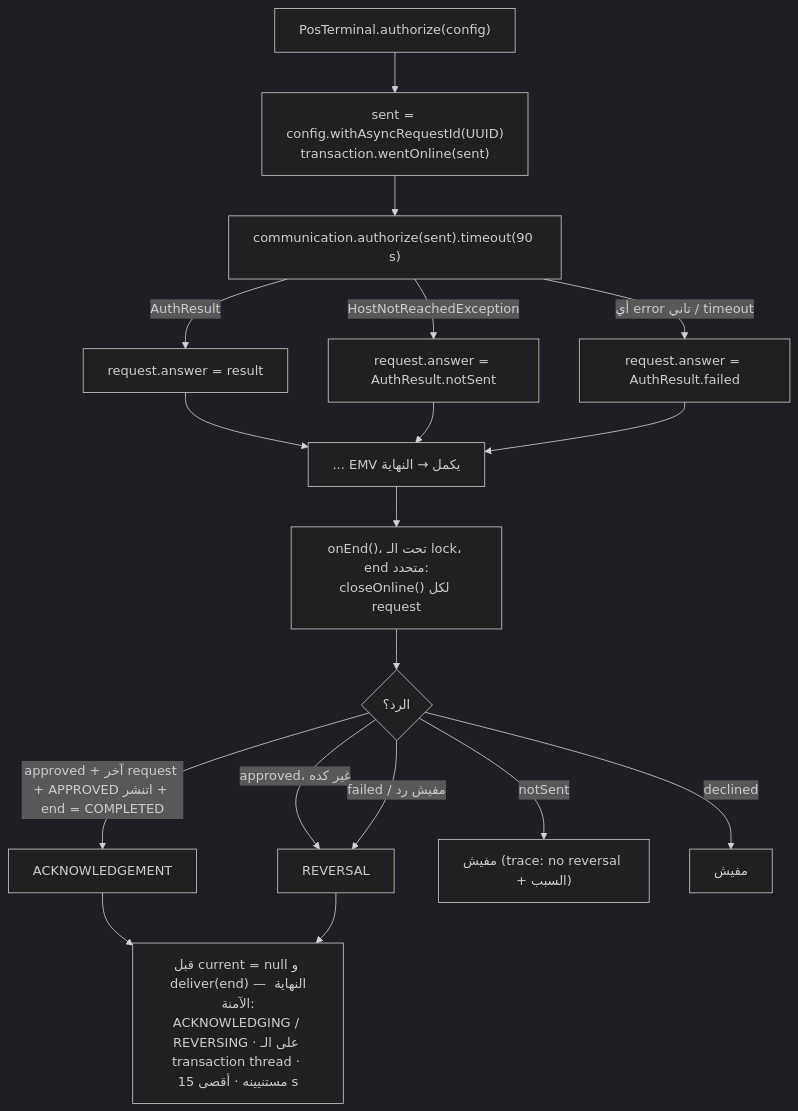
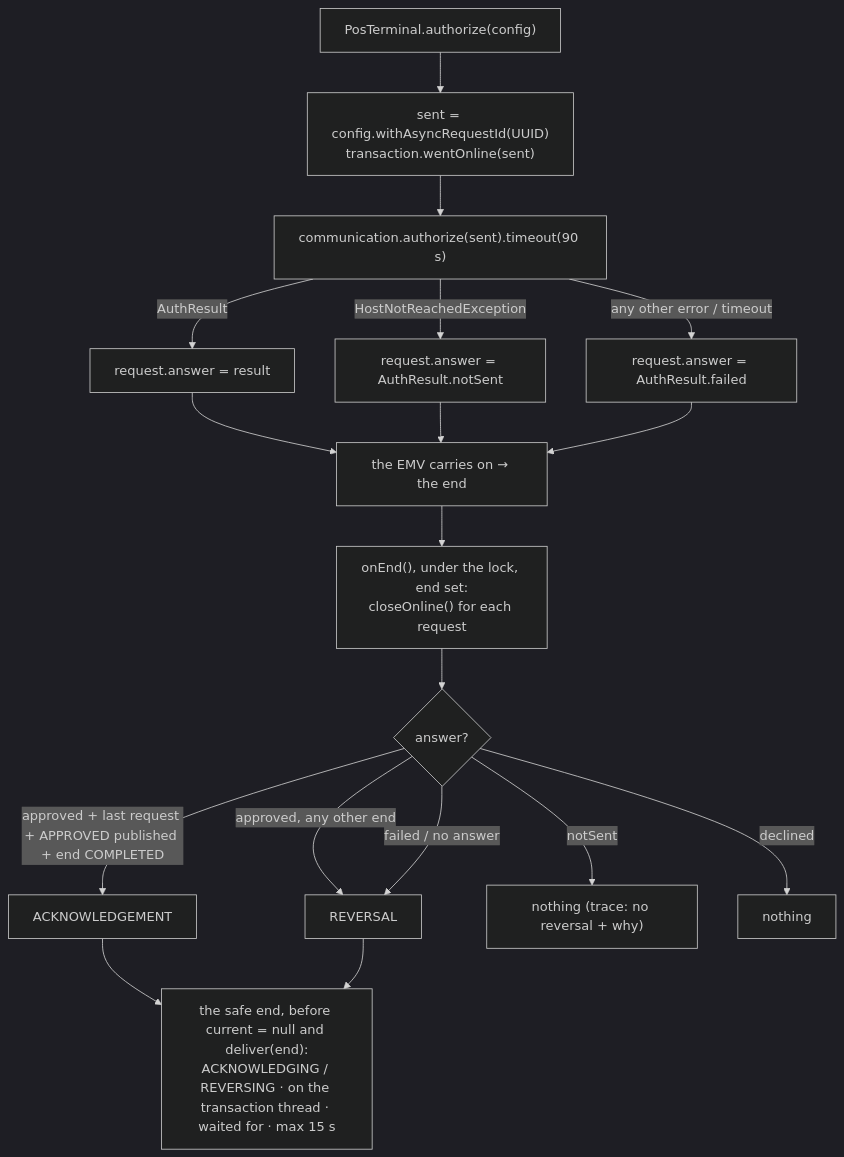
One commit to berothomas33/esaylinkrefactor changed the third of 11 diagrams in doc/REFERENCE.md. Above: the diagram before and after it, drawn with Mermaid (dark theme). The commit also changed other lines of this file, not shown here.

````diff
--- a/doc/REFERENCE.md
+++ b/doc/REFERENCE.md
@@ -417,17 +424,17 @@
 ```mermaid
 flowchart TD
   A["PosTerminal.authorize(config)"] --> N["sent = config.withAsyncRequestId(UUID)<br/>transaction.wentOnline(sent)"]
   N --> C["communication.authorize(sent).timeout(90 s)"]
   C -- "AuthResult" --> R["request.answer = result"]
   C -- "HostNotReachedException" --> NS["request.answer = AuthResult.notSent"]
-  C -- "أي error تاني / timeout" --> F["request.answer = AuthResult.failed"]
-  R & NS & F --> E["... EMV يكمل → النهاية"]
-  E --> CO["onEnd()، تحت الـ lock، end متحدد:<br/>closeOnline() لكل request"]
-  CO --> D{"الرد؟"}
-  D -- "approved + آخر request + APPROVED اتنشر + end = COMPLETED" --> ACK["ACKNOWLEDGEMENT"]
-  D -- "approved، غير كده" --> REV["REVERSAL"]
-  D -- "failed / مفيش رد" --> REV
-  D -- "notSent" --> NO1["مفيش (trace: no reversal + السبب)"]
-  D -- "declined" --> NO2["مفيش"]
-  ACK & REV --> FU["قبل current = null و deliver(end) — النهاية الآمنة:<br/>ACKNOWLEDGING / REVERSING · على الـ transaction thread · مستنيينه · أقصى 15 s"]
+  C -- "any other error / timeout" --> F["request.answer = AuthResult.failed"]
+  R & NS & F --> E["the EMV carries on → the end"]
+  E --> CO["onEnd(), under the lock, end set:<br/>closeOnline() for each request"]
+  CO --> D{"answer?"}
+  D -- "approved + last request + APPROVED published + end COMPLETED" --> ACK["ACKNOWLEDGEMENT"]
+  D -- "approved, any other end" --> REV["REVERSAL"]
+  D -- "failed / no answer" --> REV
+  D -- "notSent" --> NO1["nothing (trace: no reversal + why)"]
+  D -- "declined" --> NO2["nothing"]
+  ACK & REV --> FU["the safe end, before current = null and deliver(end):<br/>ACKNOWLEDGING / REVERSING · on the transaction thread · waited for · max 15 s"]
 ```
````
